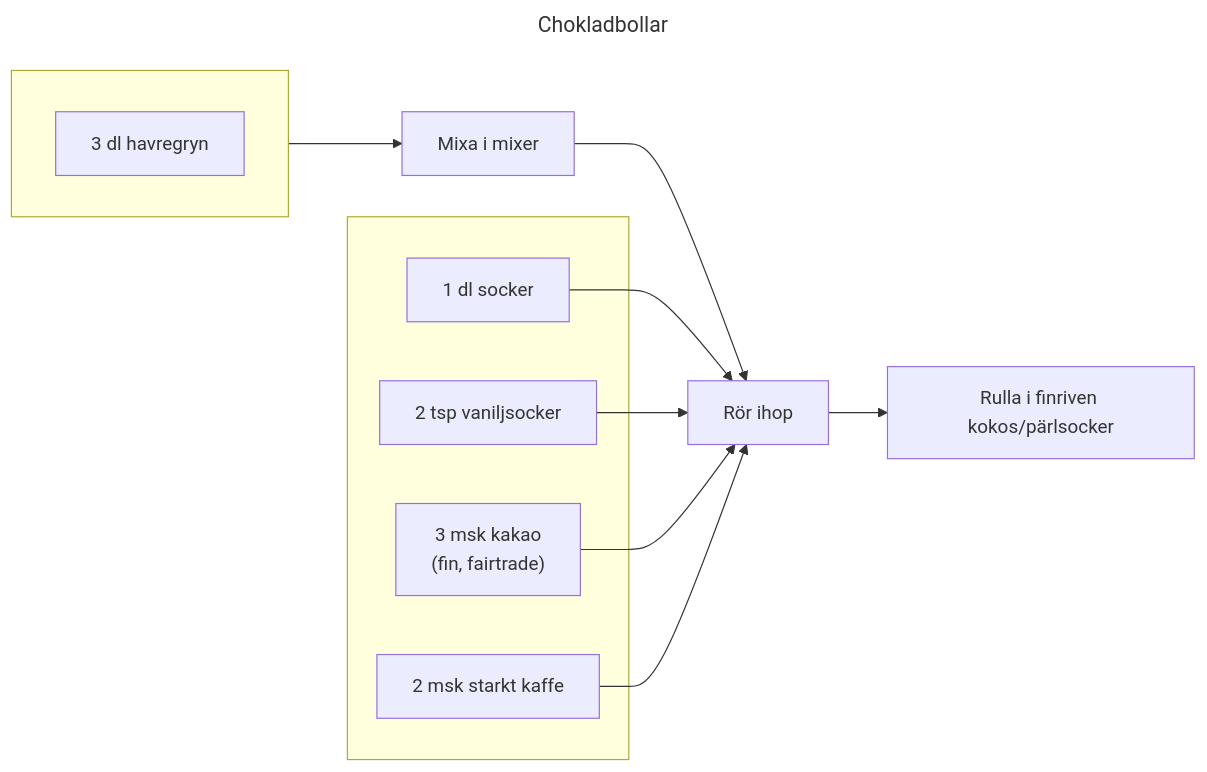
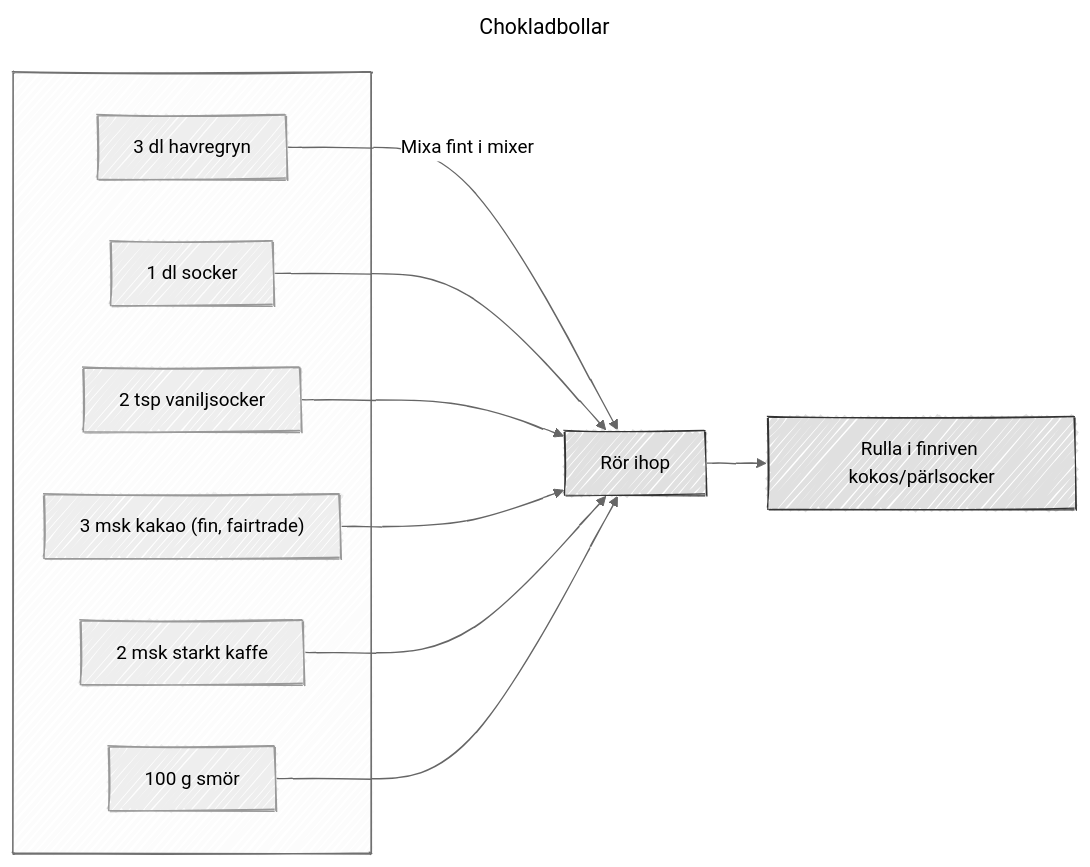
Before and after one commit to fredrikwangberg/github-recipes: the diagram in recipes/chokladbollar.mmd, drawn with Mermaid.

Commit message:
Update recipes for 'Chokladbollar'

```diff
--- a/recipes/chokladbollar.mmd
+++ b/recipes/chokladbollar.mmd
@@ -1,30 +1,32 @@
 ---
 title: Chokladbollar
+config:
+  look: handDrawn
+  theme: neutral
 ---
 
 flowchart LR
 
 subgraph " "
-    direction LR
-   A["3 dl havregryn"]
+
+    A["3 dl havregryn"]
+    B[1 dl socker]
+    C[2 tsp vaniljsocker]
+    D["3 msk kakao (fin, fairtrade)" ]
+    E["2 msk starkt kaffe" ]
+    F["100 g smör"]
 end
 
-subgraph " "
 
-    B[1 dl socker]
-    C[2 tsp vaniljsocker]
-    D["3 msk kakao \n (fin, fairtrade)" ]
-    E["2 msk starkt kaffe" ]
-end
-
-A --> Step3["Mixa i mixer"]
-
-
-Step3 --> Step1["Rör ihop"]
+A --> |Mixa fint i mixer|Step1["Rör ihop"]
 B --> Step1
 C --> Step1
 D --> Step1
 E --> Step1
-
+F --> Step1
 
 Step1 --> Step2["Rulla i finriven kokos/pärlsocker"]
+
+%% Styles
+style Step1 fill:#e0e0e0,stroke:#333,stroke-width:1px
+style Step2 fill:#e0e0e0,stroke:#333,stroke-width:1px
```
